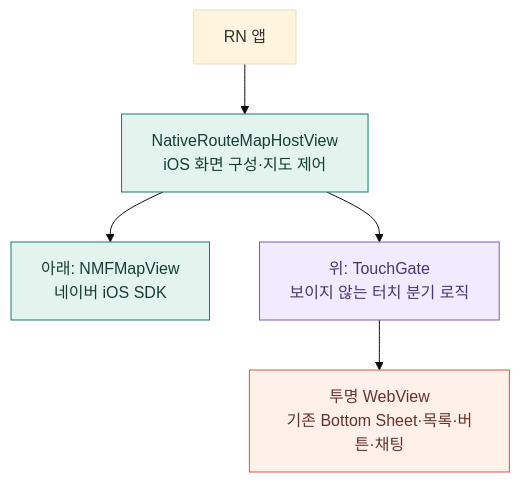
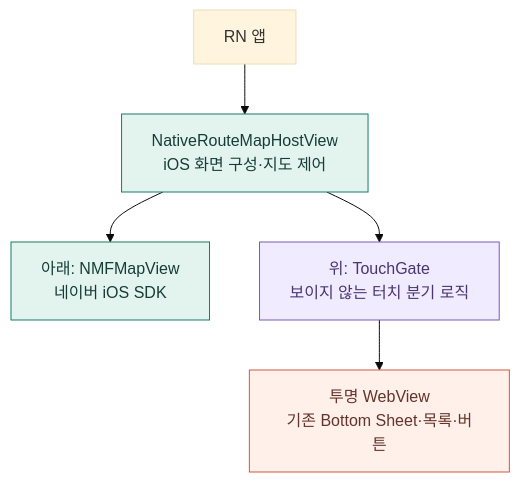
Before and after one commit to korogoo/2026-salmonbus: the first of 8 diagrams in docs/native-map/README.md, drawn with Mermaid (base theme). The commit also changed other lines of this file and 118 other files, not shown here.

````diff
--- a/docs/native-map/README.md
+++ b/docs/native-map/README.md
@@ -34,13 +34,13 @@
 ```mermaid
 flowchart TB
     App["RN 앱"] --> Host["NativeRouteMapHostView<br/>iOS 화면 구성·지도 제어"]
     Host --> Map["아래: NMFMapView<br/>네이버 iOS SDK"]
     Host --> Gate["위: TouchGate<br/>보이지 않는 터치 분기 로직"]
-    Gate --> Web["투명 WebView<br/>기존 Bottom Sheet·목록·버튼·채팅"]
+    Gate --> Web["투명 WebView<br/>기존 Bottom Sheet·목록·버튼"]
     classDef native fill:#e3f4ef,stroke:#147d68,color:#163d35
     classDef web fill:#fff0ea,stroke:#d2573e,color:#64342a
     classDef gate fill:#f0ebff,stroke:#7a5bb5,color:#49356f
     class Map,Host native
     class Web web
     class Gate gate
 ```
````
